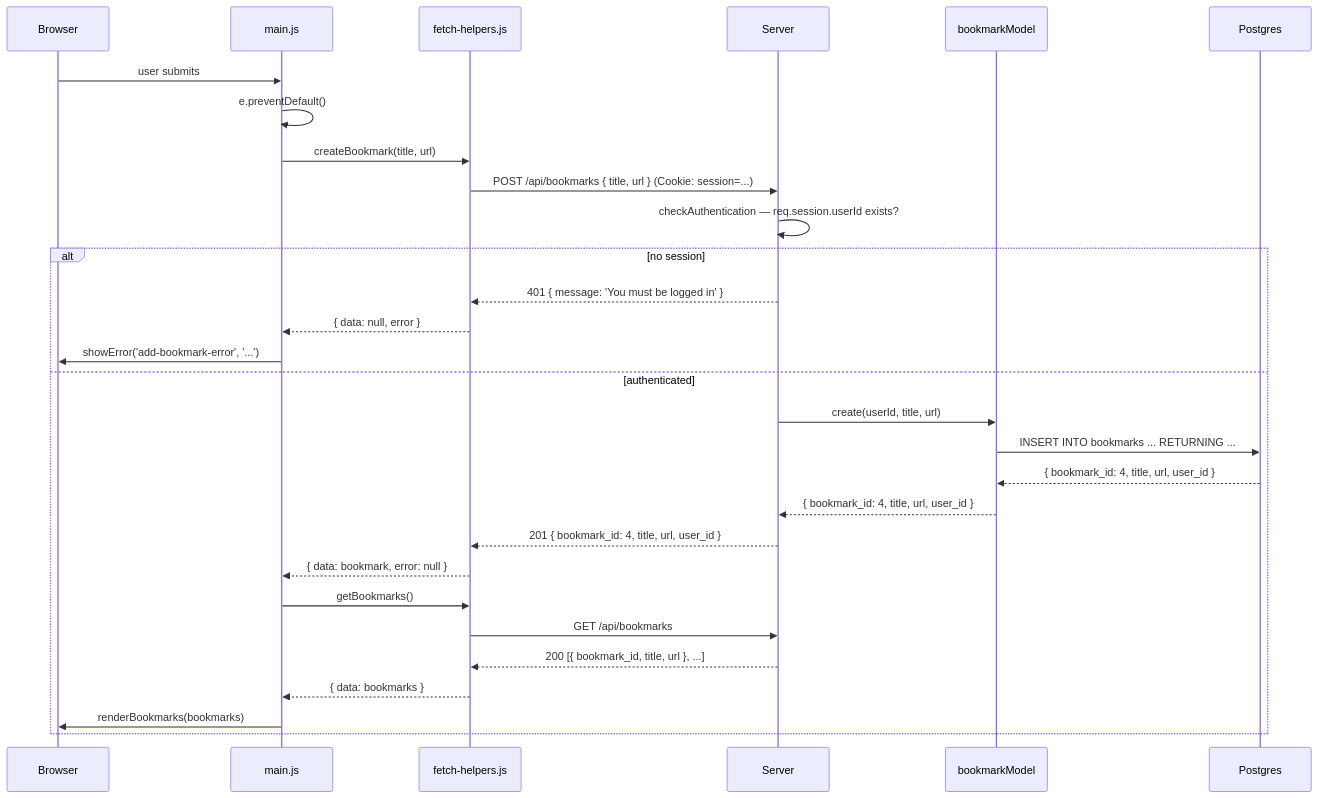
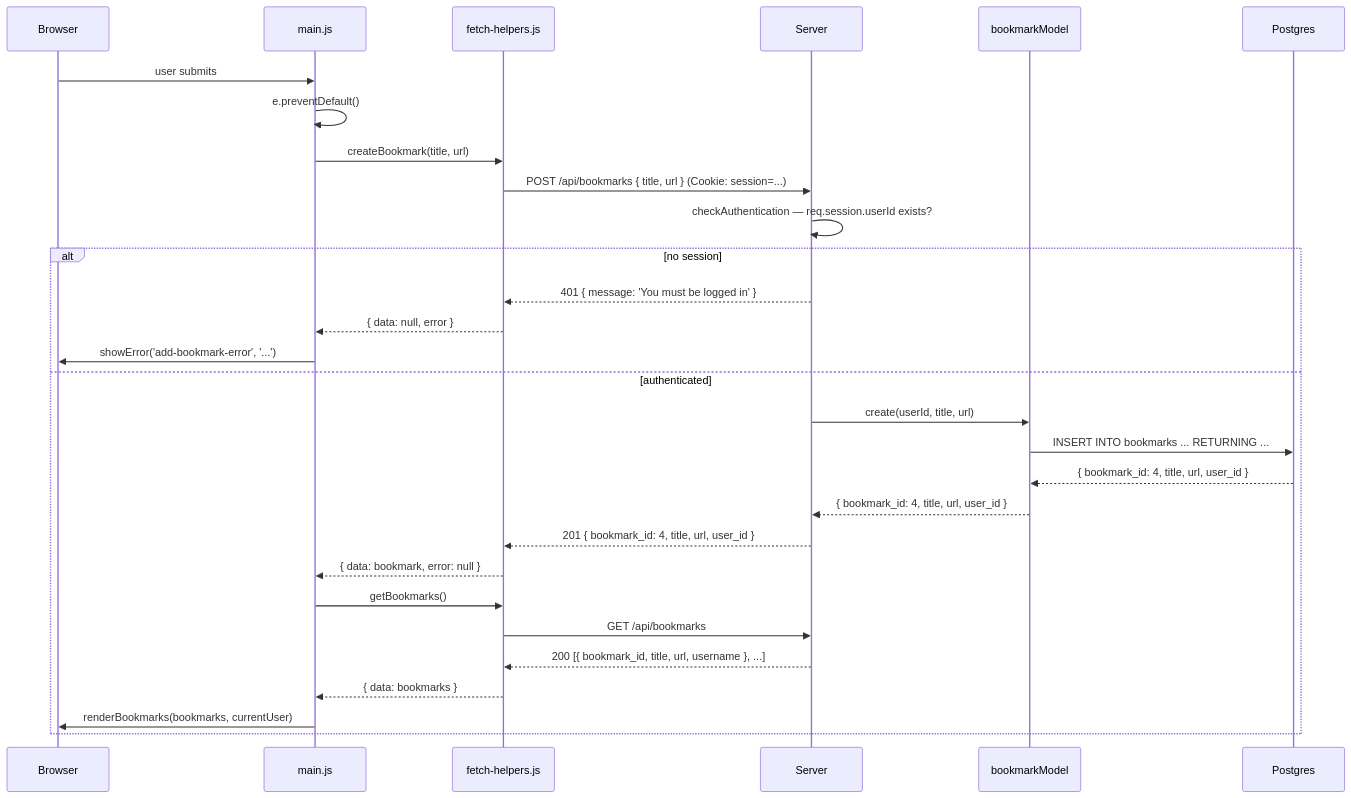
The diagram in mod-6-databases/12-putting-it-all-together.md (The-Marcy-Lab-School/marcy-curriculum-docs), drawn with Mermaid before and after one commit. The commit also changed other lines of this file and 2 other files, not shown here.

````diff
--- a/mod-6-databases/12-putting-it-all-together.md
+++ b/mod-6-databases/12-putting-it-all-together.md
@@ -545,32 +713,32 @@
 ```mermaid
 sequenceDiagram
   participant B as Browser
   participant M as main.js
   participant F as fetch-helpers.js
   participant S as Server
   participant BM as bookmarkModel
   participant DB as Postgres
 
   B->>M: user submits #add-bookmark-form
   M->>M: e.preventDefault()
   M->>F: createBookmark(title, url)
   F->>S: POST /api/bookmarks { title, url } (Cookie: session=...)
   S->>S: checkAuthentication — req.session.userId exists?
   alt no session
     S-->>F: 401 { message: 'You must be logged in' }
     F-->>M: { data: null, error }
     M->>B: showError('add-bookmark-error', '...')
   else authenticated
     S->>BM: create(userId, title, url)
     BM->>DB: INSERT INTO bookmarks ... RETURNING ...
     DB-->>BM: { bookmark_id: 4, title, url, user_id }
     BM-->>S: { bookmark_id: 4, title, url, user_id }
     S-->>F: 201 { bookmark_id: 4, title, url, user_id }
     F-->>M: { data: bookmark, error: null }
     M->>F: getBookmarks()
     F->>S: GET /api/bookmarks
-    S-->>F: 200 [{ bookmark_id, title, url }, ...]
+    S-->>F: 200 [{ bookmark_id, title, url, username }, ...]
     F-->>M: { data: bookmarks }
-    M->>B: renderBookmarks(bookmarks)
+    M->>B: renderBookmarks(bookmarks, currentUser)
   end
 ```
````
